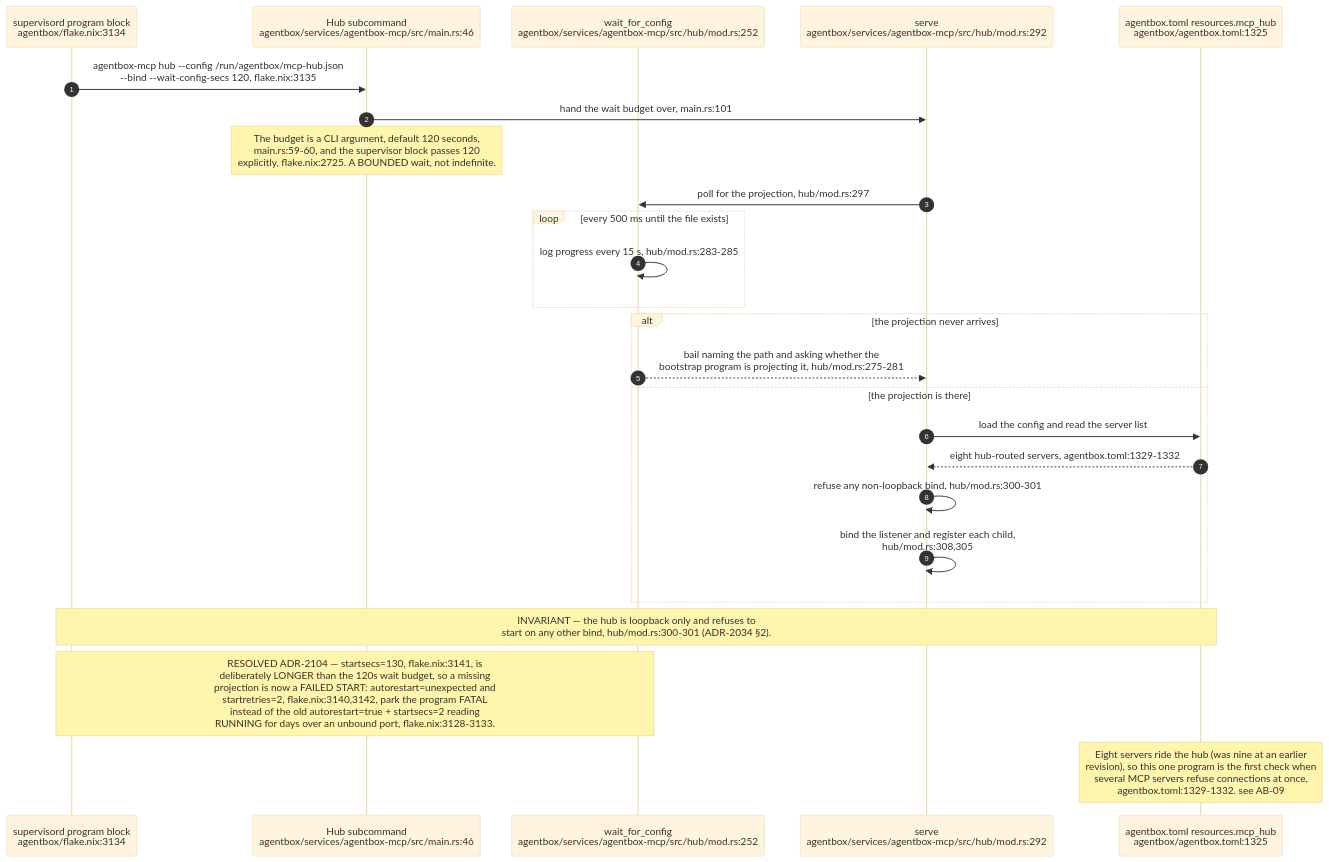
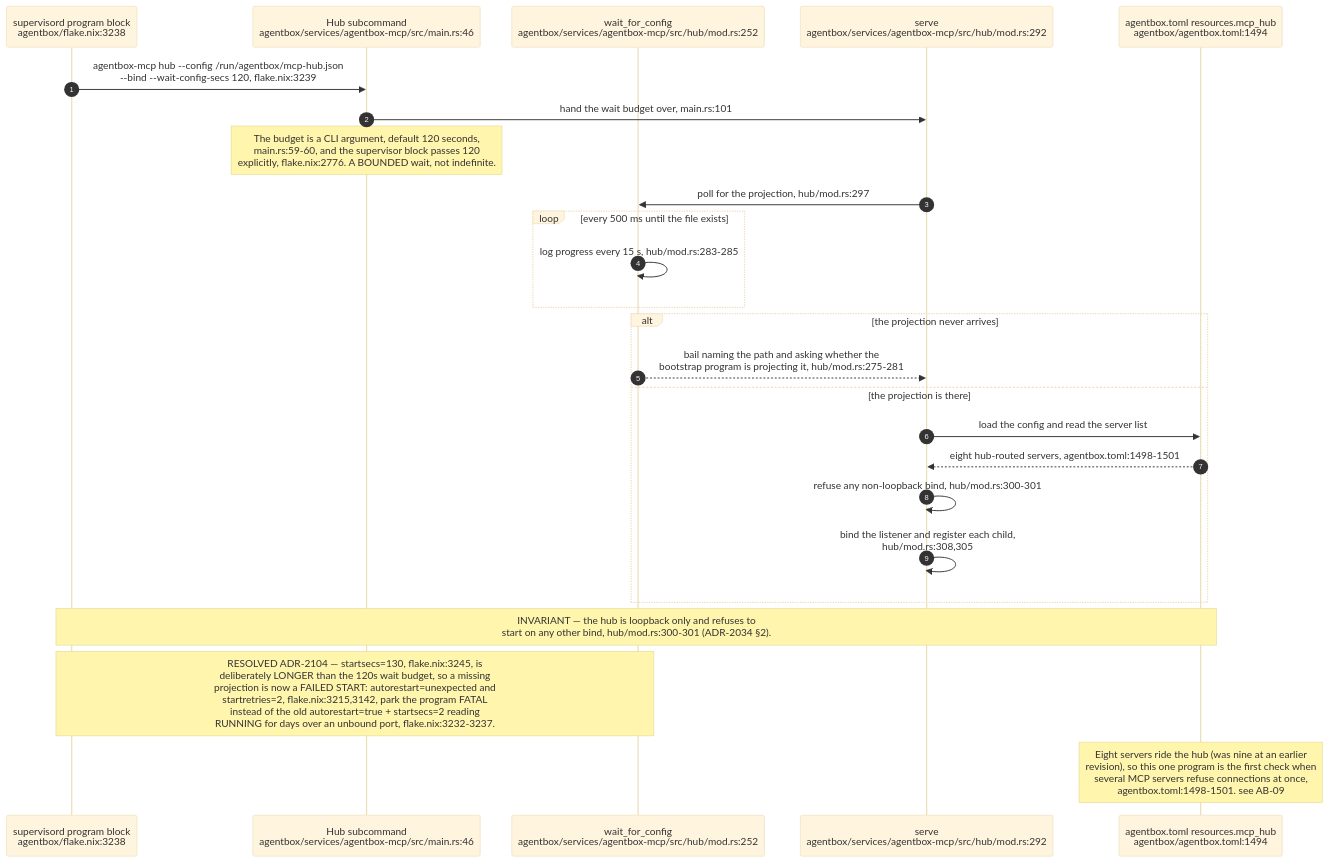
Before and after one commit to DreamLab-AI/VisionFlow: the seventh of 8 diagrams in docs/diagrams/estate/01-estate-topology.md, drawn with Mermaid (base theme). The commit also changed other lines of this file and 80 other files, not shown here.

First line of the commit message:
docs(diagrams): re-verify the agentbox, dreamlab, estate and visionflow corpus against current sources

````diff
--- a/docs/diagrams/estate/01-estate-topology.md
+++ b/docs/diagrams/estate/01-estate-topology.md
@@ -273,28 +273,28 @@
 ```mermaid
 sequenceDiagram
     autonumber
-    participant SUP as supervisord program block<br/>agentbox/flake.nix:3134
+    participant SUP as supervisord program block<br/>agentbox/flake.nix:3238
     participant MAIN as Hub subcommand<br/>agentbox/services/agentbox-mcp/src/main.rs:46
     participant WAIT as wait_for_config<br/>agentbox/services/agentbox-mcp/src/hub/mod.rs:252
     participant SERVE as serve<br/>agentbox/services/agentbox-mcp/src/hub/mod.rs:292
-    participant MAN as agentbox.toml resources.mcp_hub<br/>agentbox/agentbox.toml:1325
+    participant MAN as agentbox.toml resources.mcp_hub<br/>agentbox/agentbox.toml:1494
 
-    SUP->>MAIN: agentbox-mcp hub --config /run/agentbox/mcp-hub.json<br/>--bind --wait-config-secs 120, flake.nix:3135
+    SUP->>MAIN: agentbox-mcp hub --config /run/agentbox/mcp-hub.json<br/>--bind --wait-config-secs 120, flake.nix:3239
     MAIN->>SERVE: hand the wait budget over, main.rs:101
-    Note over MAIN: The budget is a CLI argument, default 120 seconds,<br/>main.rs:59-60, and the supervisor block passes 120<br/>explicitly, flake.nix:2725. A BOUNDED wait, not indefinite.
+    Note over MAIN: The budget is a CLI argument, default 120 seconds,<br/>main.rs:59-60, and the supervisor block passes 120<br/>explicitly, flake.nix:2776. A BOUNDED wait, not indefinite.
     SERVE->>WAIT: poll for the projection, hub/mod.rs:297
     loop every 500 ms until the file exists
         WAIT->>WAIT: log progress every 15 s, hub/mod.rs:283-285
     end
     alt the projection never arrives
         WAIT-->>SERVE: bail naming the path and asking whether the<br/>bootstrap program is projecting it, hub/mod.rs:275-281
     else the projection is there
         SERVE->>MAN: load the config and read the server list
-        MAN-->>SERVE: eight hub-routed servers, agentbox.toml:1329-1332
+        MAN-->>SERVE: eight hub-routed servers, agentbox.toml:1498-1501
         SERVE->>SERVE: refuse any non-loopback bind, hub/mod.rs:300-301
         SERVE->>SERVE: bind the listener and register each child,<br/>hub/mod.rs:308,305
     end
     Note over SUP,MAN: INVARIANT — the hub is loopback only and refuses to<br/>start on any other bind, hub/mod.rs:300-301 (ADR-2034 §2).
-    Note over SUP,WAIT: RESOLVED ADR-2104 — startsecs=130, flake.nix:3141, is<br/>deliberately LONGER than the 120s wait budget, so a missing<br/>projection is now a FAILED START: autorestart=unexpected and<br/>startretries=2, flake.nix:3140,3142, park the program FATAL<br/>instead of the old autorestart=true + startsecs=2 reading<br/>RUNNING for days over an unbound port, flake.nix:3128-3133.
-    Note over MAN: Eight servers ride the hub (was nine at an earlier<br/>revision), so this one program is the first check when<br/>several MCP servers refuse connections at once,<br/>agentbox.toml:1329-1332. see AB-09
+    Note over SUP,WAIT: RESOLVED ADR-2104 — startsecs=130, flake.nix:3245, is<br/>deliberately LONGER than the 120s wait budget, so a missing<br/>projection is now a FAILED START: autorestart=unexpected and<br/>startretries=2, flake.nix:3215,3142, park the program FATAL<br/>instead of the old autorestart=true + startsecs=2 reading<br/>RUNNING for days over an unbound port, flake.nix:3232-3237.
+    Note over MAN: Eight servers ride the hub (was nine at an earlier<br/>revision), so this one program is the first check when<br/>several MCP servers refuse connections at once,<br/>agentbox.toml:1498-1501. see AB-09
 ```
````
